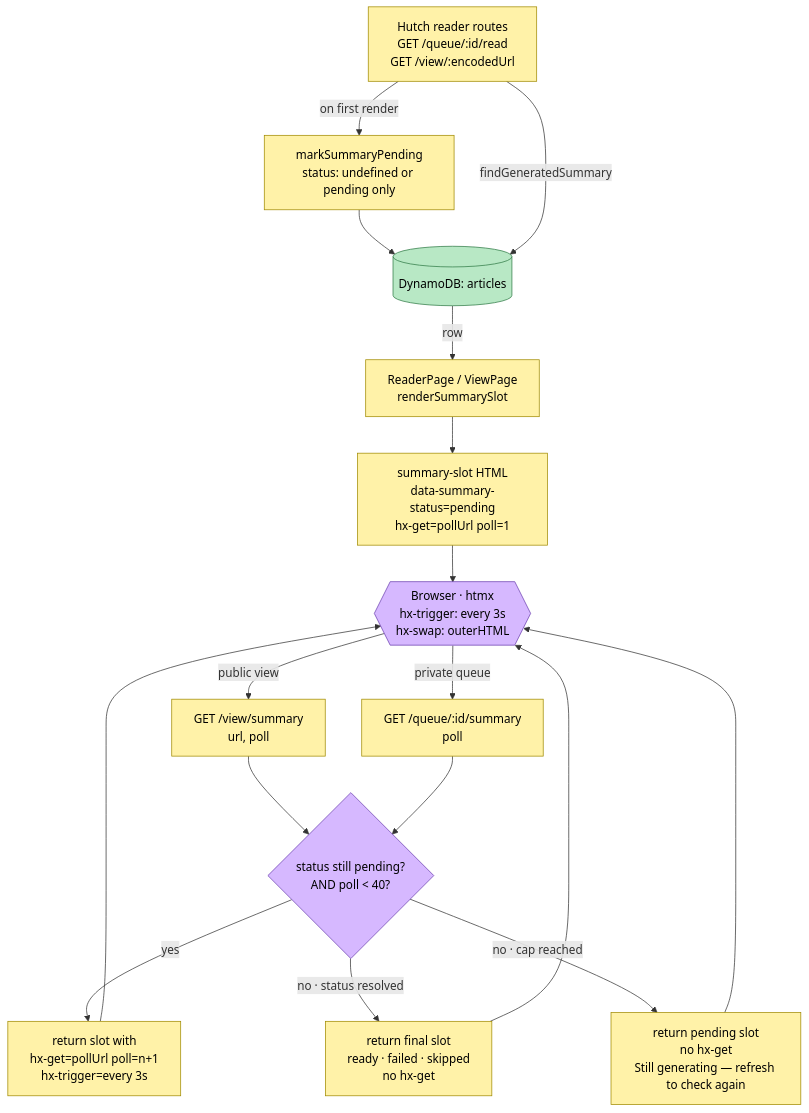
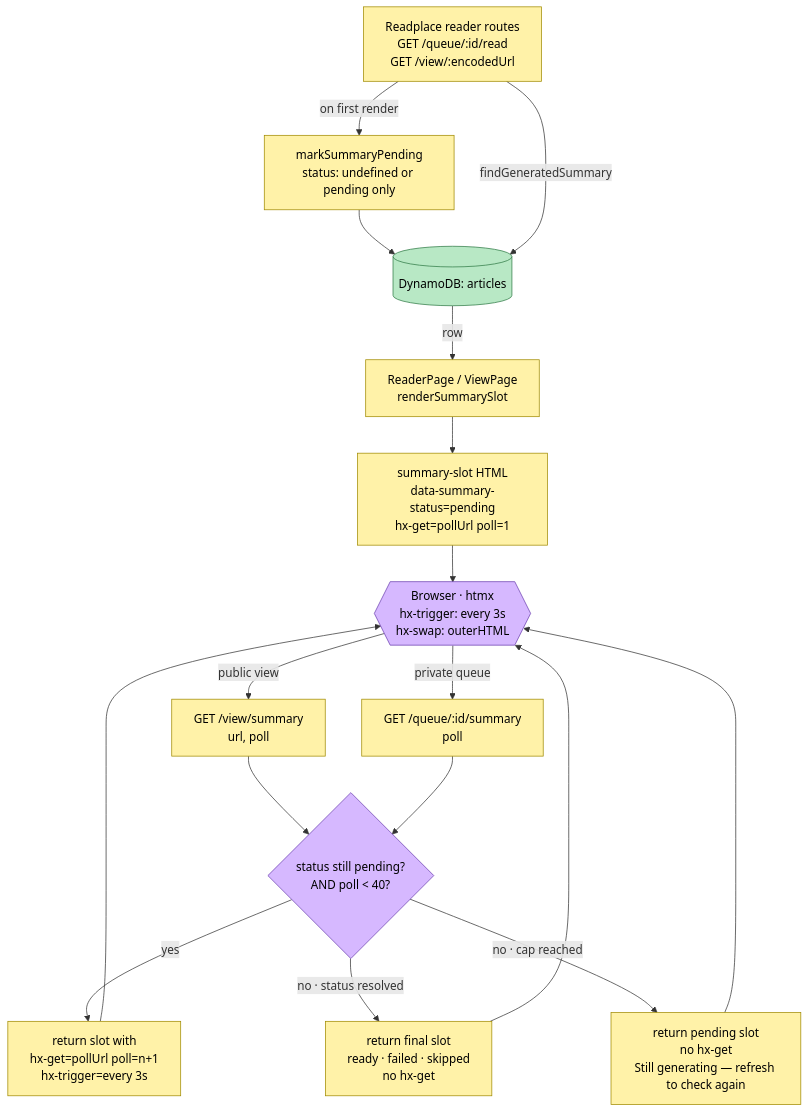
One commit to HutchApp/hutch-app changed the fourth of 4 diagrams in .architecture/2026-04-20-52017f3/summary-generation-pipeline.md. Above: the diagram before and after it, drawn with Mermaid. The commit also changed other lines of this file and 17 other files, not shown here.

Commit message:
docs: rename hutch to readplace across skills and md files

````diff
--- a/.architecture/2026-04-20-52017f3/summary-generation-pipeline.md
+++ b/.architecture/2026-04-20-52017f3/summary-generation-pipeline.md
@@ -181,40 +181,40 @@
 ```mermaid
 flowchart TD
-    readerRoutes[Hutch reader routes<br/>GET /queue/:id/read<br/>GET /view/:encodedUrl]:::system
+    readerRoutes[Readplace reader routes<br/>GET /queue/:id/read<br/>GET /view/:encodedUrl]:::system
     markPending[markSummaryPending<br/>status: undefined or pending only]:::system
     articlesTable[(DynamoDB: articles)]:::store
     readerPage[ReaderPage / ViewPage<br/>renderSummarySlot]:::system
     summarySlotVisible[summary-slot HTML<br/>data-summary-status=pending<br/>hx-get=pollUrl poll=1]:::system
 
     readerRoutes -- on first render --> markPending --> articlesTable
     readerRoutes -- findGeneratedSummary --> articlesTable
     articlesTable -- row --> readerPage --> summarySlotVisible
 
     browser{{Browser · htmx<br/>hx-trigger: every 3s<br/>hx-swap: outerHTML}}:::policy
     summarySlotVisible --> browser
 
     pollEndpointView[GET /view/summary<br/>url, poll]:::system
     pollEndpointQueue[GET /queue/:id/summary<br/>poll]:::system
     browser -- public view --> pollEndpointView
     browser -- private queue --> pollEndpointQueue
 
     resolveStatus{status still pending?<br/>AND poll &lt; 40?}:::policy
     pollEndpointView --> resolveStatus
     pollEndpointQueue --> resolveStatus
 
     resolveStatus -- yes --> nextPoll[return slot with<br/>hx-get=pollUrl poll=n+1<br/>hx-trigger=every 3s]:::system
     resolveStatus -- no · status resolved --> terminal[return final slot<br/>ready · failed · skipped<br/>no hx-get]:::system
     resolveStatus -- no · cap reached --> cap[return pending slot<br/>no hx-get<br/>Still generating — refresh to check again]:::system
 
     nextPoll --> browser
     terminal --> browser
     cap --> browser
 
     classDef command fill:#a6d8ff,stroke:#1e6fb8,color:#000
     classDef system fill:#fff2a8,stroke:#a08a00,color:#000
     classDef event fill:#ffb976,stroke:#a85800,color:#000
     classDef policy fill:#d6b8ff,stroke:#6b3fb0,color:#000
     classDef store fill:#b8e8c5,stroke:#2f7a45,color:#000
     classDef queue fill:#e8e8e8,stroke:#666,color:#000
     classDef dlq fill:#f8c8c8,stroke:#a83434,color:#000
 ```
````
